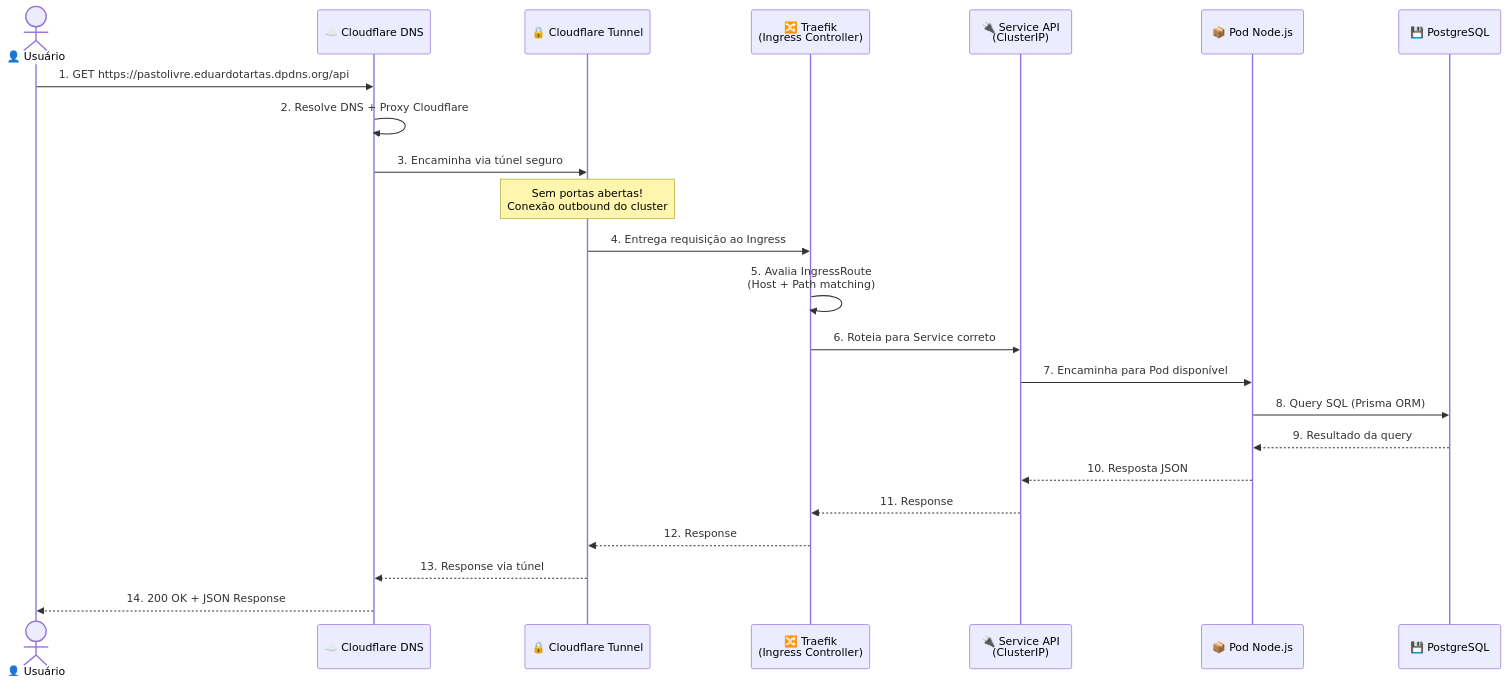
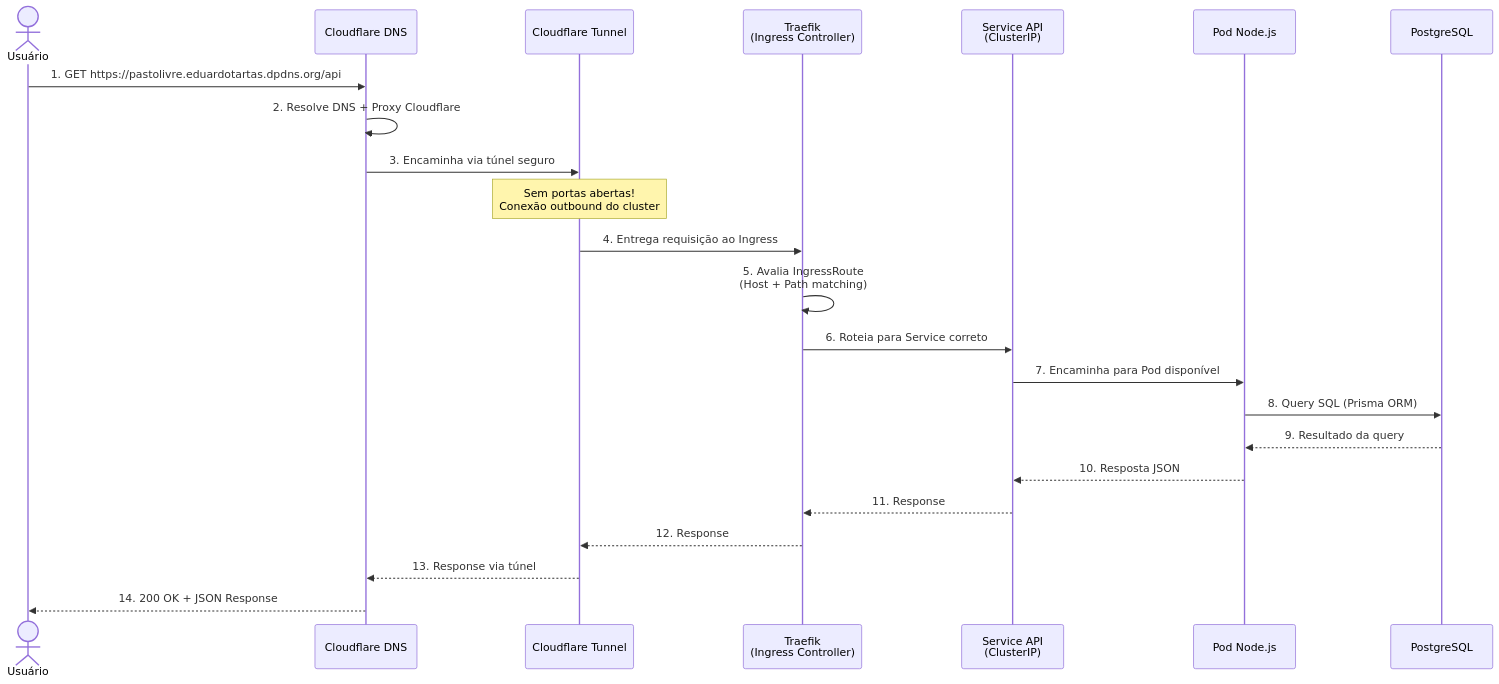
The third of 4 diagrams in deployment/infrastructure_diagram.md (EduardoTartas/gerenciamento-rural-api), drawn with Mermaid before and after one commit. The commit also changed other lines of this file and 3 other files, not shown here.

````diff
--- a/deployment/infrastructure_diagram.md
+++ b/deployment/infrastructure_diagram.md
@@ -120,30 +120,30 @@
 ```mermaid
 sequenceDiagram
-    actor User as 👤 Usuário
-    participant CF as ☁️ Cloudflare DNS
-    participant Tunnel as 🔒 Cloudflare Tunnel
-    participant Traefik as 🔀 Traefik<br/>(Ingress Controller)
-    participant SVC as 🔌 Service API<br/>(ClusterIP)
-    participant API as 📦 Pod Node.js
-    participant DB as 💾 PostgreSQL
+    actor User as Usuário
+    participant CF as Cloudflare DNS
+    participant Tunnel as Cloudflare Tunnel
+    participant Traefik as Traefik<br/>(Ingress Controller)
+    participant SVC as Service API<br/>(ClusterIP)
+    participant API as Pod Node.js
+    participant DB as PostgreSQL
 
     User->>CF: 1. GET https://pastolivre.eduardotartas.dpdns.org/api
     CF->>CF: 2. Resolve DNS + Proxy Cloudflare
     CF->>Tunnel: 3. Encaminha via túnel seguro
     
     Note over Tunnel: Sem portas abertas!<br/>Conexão outbound do cluster
     
     Tunnel->>Traefik: 4. Entrega requisição ao Ingress
     Traefik->>Traefik: 5. Avalia IngressRoute<br/>(Host + Path matching)
     Traefik->>SVC: 6. Roteia para Service correto
     SVC->>API: 7. Encaminha para Pod disponível
     
     API->>DB: 8. Query SQL (Prisma ORM)
     DB-->>API: 9. Resultado da query
     
     API-->>SVC: 10. Resposta JSON
     SVC-->>Traefik: 11. Response
     Traefik-->>Tunnel: 12. Response
     Tunnel-->>CF: 13. Response via túnel
     CF-->>User: 14. 200 OK + JSON Response
 ```
````
